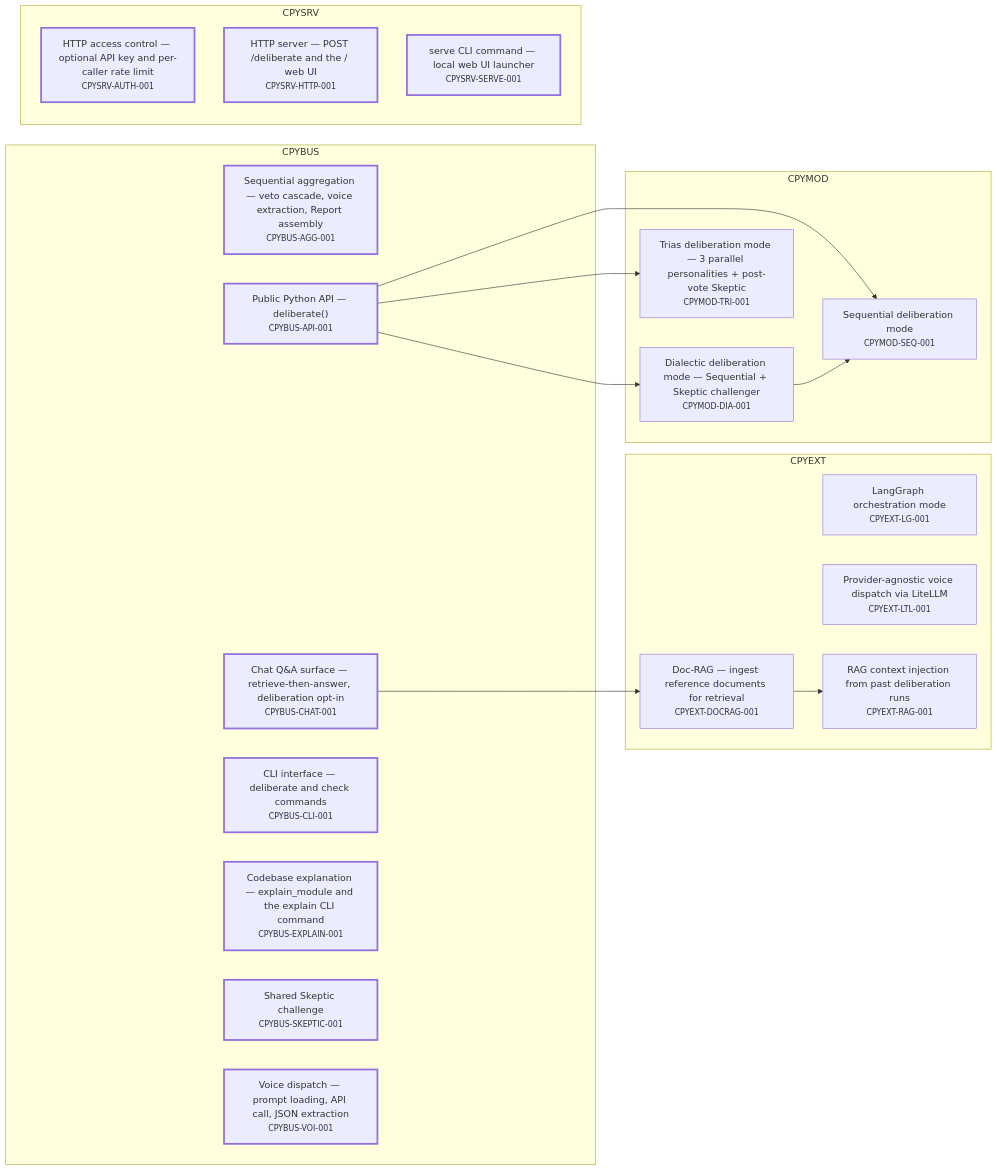
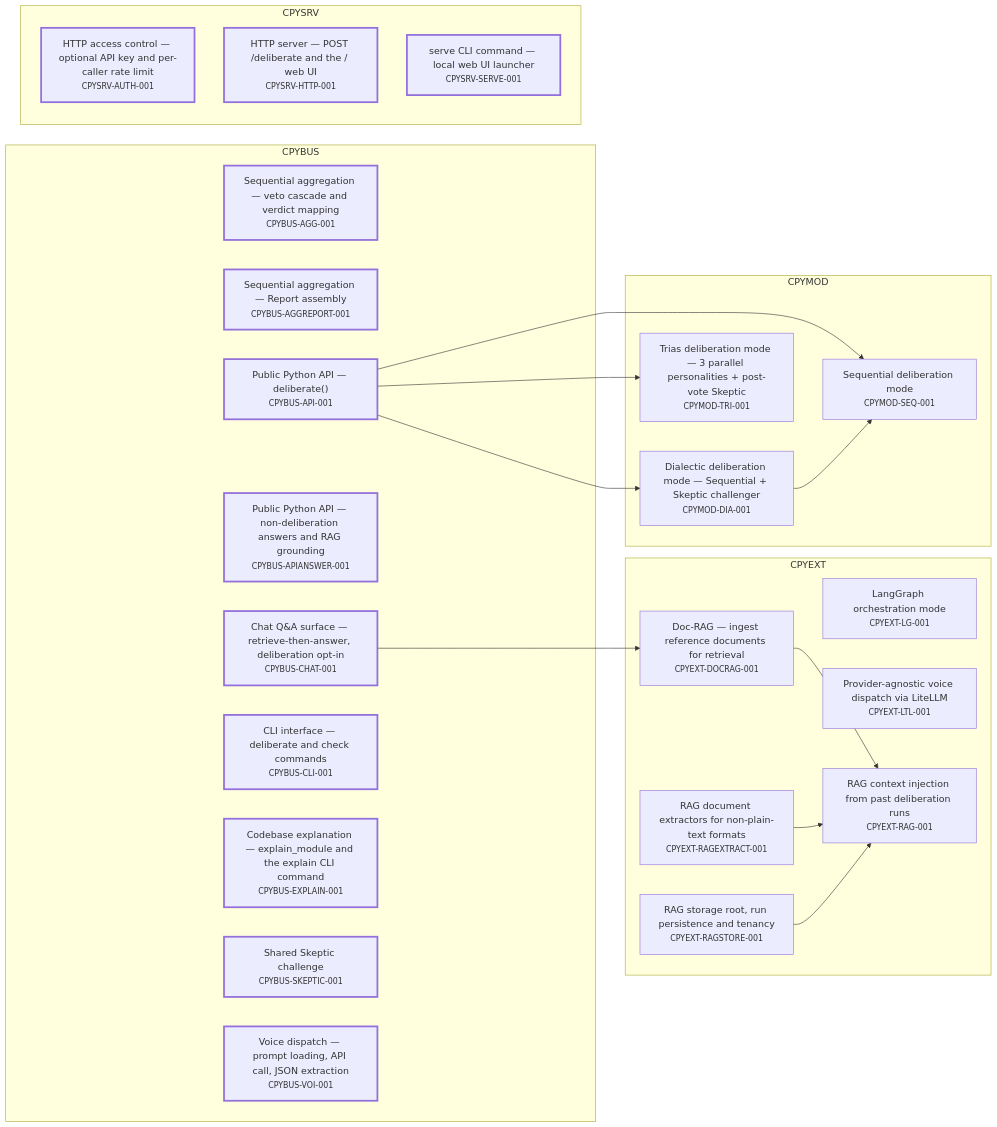
One commit to alxmax/Consilium-py changed the first of 4 diagrams in requirements/_map.md. Above: the diagram before and after it, drawn with Mermaid. The commit also changed other lines of this file and 84 other files, not shown here.

````diff
--- a/requirements/_map.md
+++ b/requirements/_map.md
@@ -13,44 +15,52 @@
 ```mermaid
 graph LR
   subgraph sg_CPYBUS["CPYBUS"]
-    CPYBUS_AGG_001["Sequential aggregation — veto cascade, voice extraction, Report assembly<br><small>CPYBUS-AGG-001</small>"]
+    CPYBUS_AGG_001["Sequential aggregation — veto cascade and verdict mapping<br><small>CPYBUS-AGG-001</small>"]
+    CPYBUS_AGGREPORT_001["Sequential aggregation — Report assembly<br><small>CPYBUS-AGGREPORT-001</small>"]
     CPYBUS_API_001["Public Python API — deliberate()<br><small>CPYBUS-API-001</small>"]
+    CPYBUS_APIANSWER_001["Public Python API — non-deliberation answers and RAG grounding<br><small>CPYBUS-APIANSWER-001</small>"]
     CPYBUS_CHAT_001["Chat Q&A surface — retrieve-then-answer, deliberation opt-in<br><small>CPYBUS-CHAT-001</small>"]
     CPYBUS_CLI_001["CLI interface — deliberate and check commands<br><small>CPYBUS-CLI-001</small>"]
     CPYBUS_EXPLAIN_001["Codebase explanation — explain_module and the explain CLI command<br><small>CPYBUS-EXPLAIN-001</small>"]
     CPYBUS_SKEPTIC_001["Shared Skeptic challenge<br><small>CPYBUS-SKEPTIC-001</small>"]
     CPYBUS_VOI_001["Voice dispatch — prompt loading, API call, JSON extraction<br><small>CPYBUS-VOI-001</small>"]
   end
   subgraph sg_CPYEXT["CPYEXT"]
     CPYEXT_DOCRAG_001["Doc-RAG — ingest reference documents for retrieval<br><small>CPYEXT-DOCRAG-001</small>"]
     CPYEXT_LG_001["LangGraph orchestration mode<br><small>CPYEXT-LG-001</small>"]
     CPYEXT_LTL_001["Provider-agnostic voice dispatch via LiteLLM<br><small>CPYEXT-LTL-001</small>"]
     CPYEXT_RAG_001["RAG context injection from past deliberation runs<br><small>CPYEXT-RAG-001</small>"]
+    CPYEXT_RAGEXTRACT_001["RAG document extractors for non-plain-text formats<br><small>CPYEXT-RAGEXTRACT-001</small>"]
+    CPYEXT_RAGSTORE_001["RAG storage root, run persistence and tenancy<br><small>CPYEXT-RAGSTORE-001</small>"]
   end
   subgraph sg_CPYMOD["CPYMOD"]
     CPYMOD_DIA_001["Dialectic deliberation mode — Sequential + Skeptic challenger<br><small>CPYMOD-DIA-001</small>"]
     CPYMOD_SEQ_001["Sequential deliberation mode<br><small>CPYMOD-SEQ-001</small>"]
     CPYMOD_TRI_001["Trias deliberation mode — 3 parallel personalities + post-vote Skeptic<br><small>CPYMOD-TRI-001</small>"]
   end
   subgraph sg_CPYSRV["CPYSRV"]
     CPYSRV_AUTH_001["HTTP access control — optional API key and per-caller rate limit<br><small>CPYSRV-AUTH-001</small>"]
     CPYSRV_HTTP_001["HTTP server — POST /deliberate and the / web UI<br><small>CPYSRV-HTTP-001</small>"]
     CPYSRV_SERVE_001["serve CLI command — local web UI launcher<br><small>CPYSRV-SERVE-001</small>"]
   end
   CPYBUS_API_001 --> CPYMOD_SEQ_001
   CPYBUS_API_001 --> CPYMOD_DIA_001
   CPYBUS_API_001 --> CPYMOD_TRI_001
   CPYBUS_CHAT_001 --> CPYEXT_DOCRAG_001
   CPYEXT_DOCRAG_001 --> CPYEXT_RAG_001
+  CPYEXT_RAGEXTRACT_001 --> CPYEXT_RAG_001
+  CPYEXT_RAGSTORE_001 --> CPYEXT_RAG_001
   CPYMOD_DIA_001 --> CPYMOD_SEQ_001
   style CPYBUS_AGG_001 stroke-width:3px
+  style CPYBUS_AGGREPORT_001 stroke-width:3px
   style CPYBUS_API_001 stroke-width:3px
+  style CPYBUS_APIANSWER_001 stroke-width:3px
   style CPYBUS_CHAT_001 stroke-width:3px
   style CPYBUS_CLI_001 stroke-width:3px
   style CPYBUS_EXPLAIN_001 stroke-width:3px
   style CPYBUS_SKEPTIC_001 stroke-width:3px
   style CPYBUS_VOI_001 stroke-width:3px
   style CPYSRV_AUTH_001 stroke-width:3px
   style CPYSRV_HTTP_001 stroke-width:3px
   style CPYSRV_SERVE_001 stroke-width:3px
 ```
````
